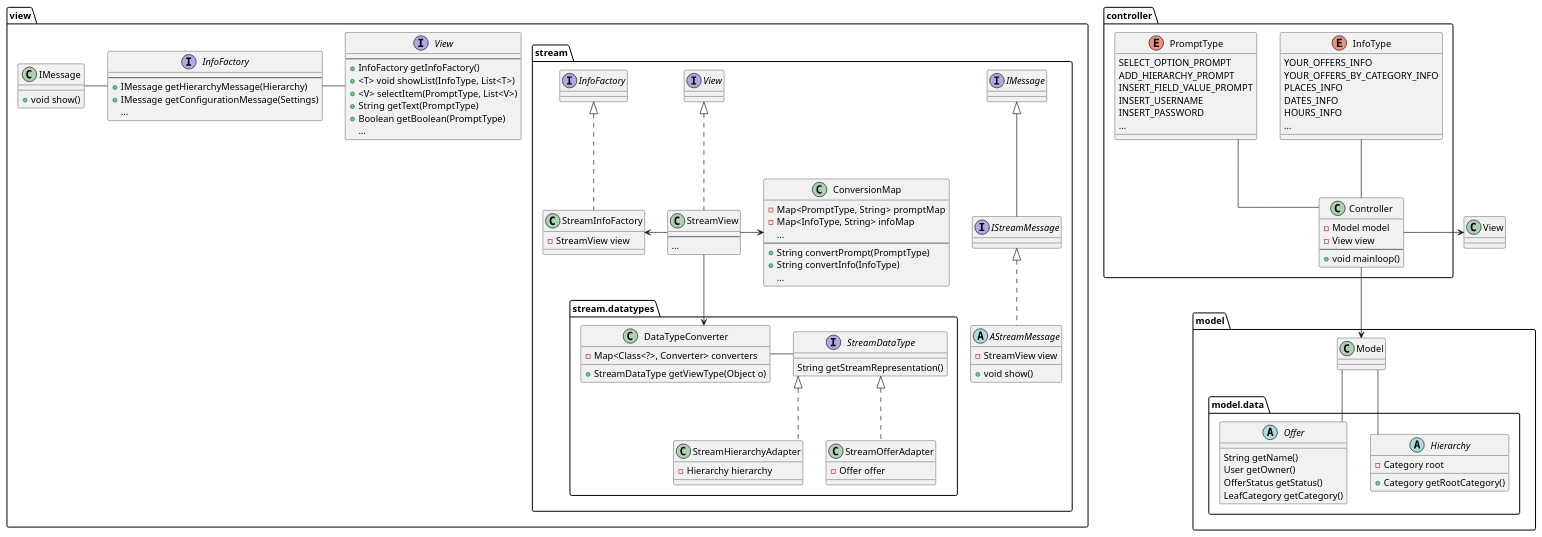
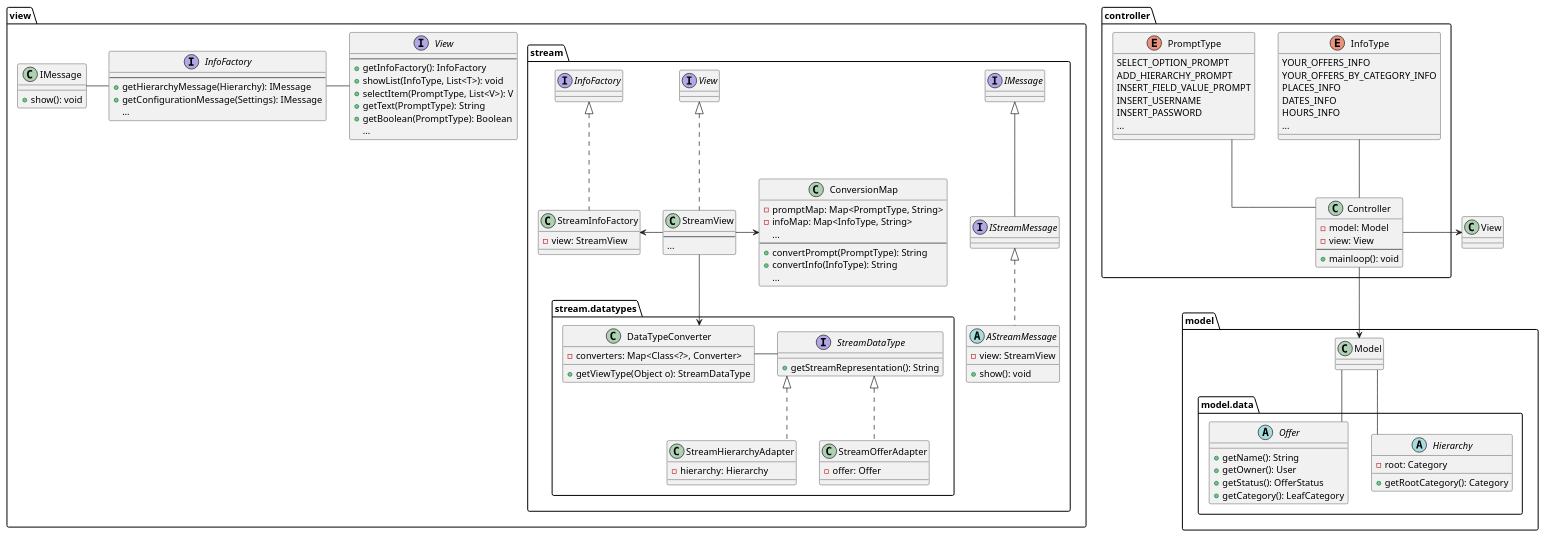
One commit to Matlice/ing_sw_2022 changed the diagram in presentazione/uml/mvc_classi.puml. Above: the diagram before and after it, drawn with PlantUML. The commit also changed 3 other files, not shown here.

```diff
--- a/presentazione/uml/mvc_classi.puml
+++ b/presentazione/uml/mvc_classi.puml
@@ -1,150 +1,150 @@
 @startuml
 
 skinparam linetype ortho
 
 package "controller" as controller {
     class "Controller" as Controller {
-        - Model model
-        - View view
+        -  model: Model
+        -  view: View
         --
-        + void mainloop() 
+        + mainloop(): void
         'todo da fare
     }
 
     enum "PromptType" as PromptType {
         SELECT_OPTION_PROMPT
         ADD_HIERARCHY_PROMPT
         INSERT_FIELD_VALUE_PROMPT
         INSERT_USERNAME
         INSERT_PASSWORD
         ...
     }
 
     enum "InfoType" as InfoType {
         YOUR_OFFERS_INFO
         YOUR_OFFERS_BY_CATEGORY_INFO
         PLACES_INFO
         DATES_INFO
         HOURS_INFO
         ...
     }
 
     Controller -up- PromptType
     Controller -up- InfoType
 }
 
 package "model" as model {
     class "Model" as Model {
         'todo
     }
 
     package "model.data" as data {
 
         abstract class Hierarchy {
-            - Category root
-            + Category getRootCategory()
+            - root: Category
+            + getRootCategory(): Category
         }
 
         abstract class Offer {
-            String getName()
-            User getOwner()
-            OfferStatus getStatus()
-            LeafCategory getCategory()
+            + getName(): String
+            + getOwner(): User
+            + getStatus(): OfferStatus
+            + getCategory(): LeafCategory
         }
 
     }
 
     Model -- Offer
     Model -- Hierarchy
 
 }
 
 package "view" as view {
 
     class "IMessage" as IMessage {
-        + void show()
+        + show(): void
     }
 
     interface "InfoFactory" as InfoFactory {
         --
-        + IMessage getHierarchyMessage(Hierarchy)
-        + IMessage getConfigurationMessage(Settings)
+        + getHierarchyMessage(Hierarchy): IMessage
+        + getConfigurationMessage(Settings): IMessage
         ...
     }
 
     interface "View" as View {
         --
-        + InfoFactory getInfoFactory()
-        + <T> void showList(InfoType, List<T>)
-        + <V> selectItem(PromptType, List<V>)
-        + String getText(PromptType)
-        + Boolean getBoolean(PromptType)
+        + getInfoFactory(): InfoFactory
+        + showList(InfoType, List<T>): void
+        + selectItem(PromptType, List<V>): V
+        + getText(PromptType): String
+        + getBoolean(PromptType): Boolean
         ...
     }
 
     package "stream" as stream {
 
         package "stream.datatypes" as datatypes {
 
             class "DataTypeConverter" as DataTypeConverter {
-                - Map<Class<?>, Converter> converters
-                + StreamDataType getViewType(Object o)
+                - converters: Map<Class<?>, Converter>
+                + getViewType(Object o): StreamDataType 
             }
 
             interface StreamDataType {
-                String getStreamRepresentation()
+                + getStreamRepresentation(): String
             }
 
             class StreamHierarchyAdapter implements StreamDataType {
-                - Hierarchy hierarchy
+                - hierarchy: Hierarchy
                 ' todo lasciare il metodo implementato?
             }
 
             class StreamOfferAdapter implements StreamDataType {
-                - Offer offer
+                - offer: Offer
             }
 
         }
 
         interface "IStreamMessage" as IStreamMessage extends IMessage {
         }
 
         class "StreamView" as StreamView implements View{
             --
             ...
         }
 
         class StreamInfoFactory implements InfoFactory {
-            - StreamView view
+            - view: StreamView
         }
 
         class ConversionMap {
-            - Map<PromptType, String> promptMap
-            - Map<InfoType, String> infoMap
+            - promptMap: Map<PromptType, String>
+            - infoMap: Map<InfoType, String>
             ...
             --
-            + String convertPrompt(PromptType)
-            + String convertInfo(InfoType)
+            + convertPrompt(PromptType): String
+            + convertInfo(InfoType): String
             ...
         }
 
         abstract class AStreamMessage implements IStreamMessage {
-            - StreamView view
-            + void show()
+            - view: StreamView
+            + show(): void
         }
 
         StreamInfoFactory <-right- StreamView
         StreamView --> DataTypeConverter
         StreamView -right-> ConversionMap
         DataTypeConverter -right- StreamDataType
 
     }
 
     View -left- InfoFactory
     InfoFactory -left- IMessage
 }
 
 Controller -down-> Model
 Controller -right-> View
 
 @enduml
```
